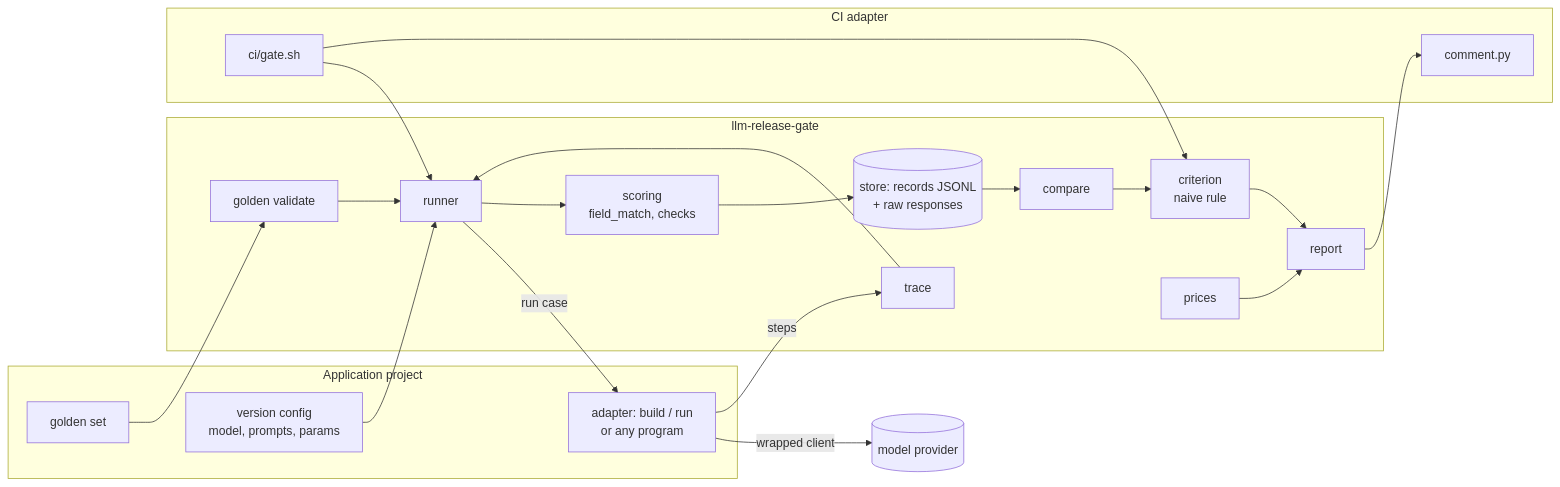
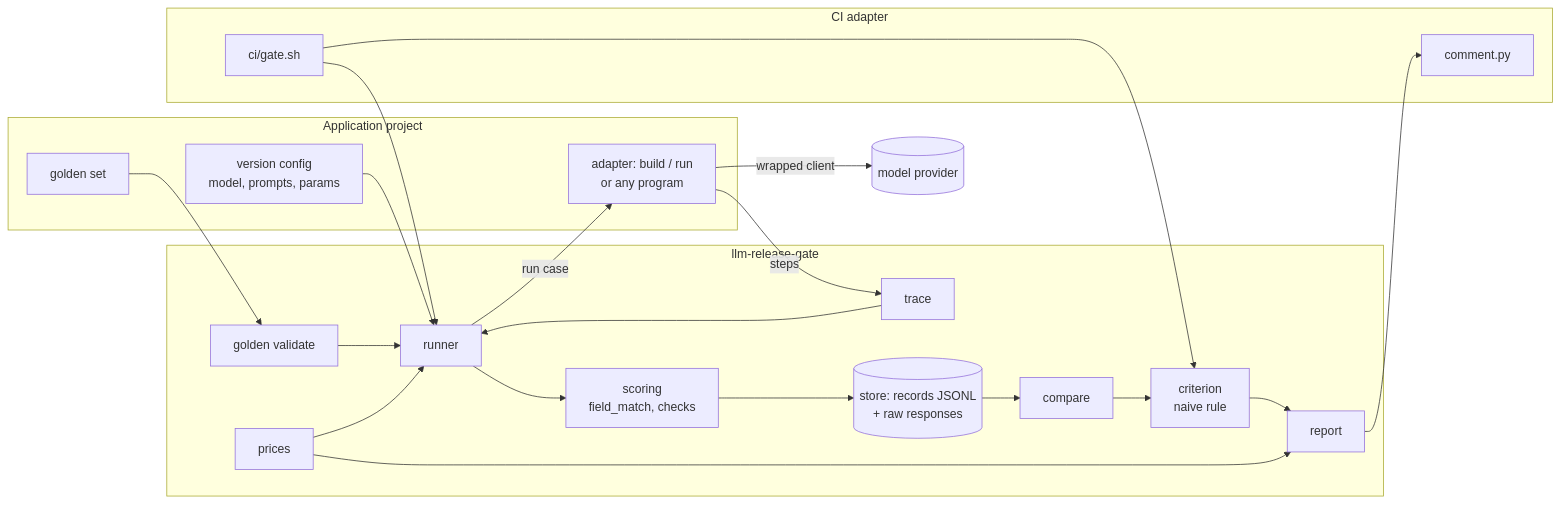
One commit to Ilya-Grigoryev/llm-release-gate changed the first of 2 diagrams in docs/design.md. Above: the diagram before and after it, drawn with Mermaid. The commit also changed other lines of this file and 1 other file, not shown here.

````diff
--- a/docs/design.md
+++ b/docs/design.md
@@ -147,35 +153,36 @@
 ```mermaid
 flowchart LR
     subgraph app[Application project]
         config[version config<br/>model, prompts, params]
         adapter[adapter: build / run<br/>or any program]
         cases[golden set]
     end
     subgraph gate[llm-release-gate]
         validate[golden validate]
         runner[runner]
         trace[trace]
         scoring[scoring<br/>field_match, checks]
         store[(store: records JSONL<br/>+ raw responses)]
         compare[compare]
         criterion[criterion<br/>naive rule]
         prices[prices]
         report[report]
     end
     subgraph ci[CI adapter]
         gatesh[ci/gate.sh]
         comment[comment.py]
     end
     provider[(model provider)]
     cases --> validate --> runner
     config --> runner
     runner -->|run case| adapter
     adapter -->|wrapped client| provider
     adapter -->|steps| trace --> runner
     runner --> scoring --> store
     store --> compare --> criterion --> report
+    prices --> runner
     prices --> report
     gatesh --> runner
     gatesh --> criterion
     report --> comment
 ```
````
